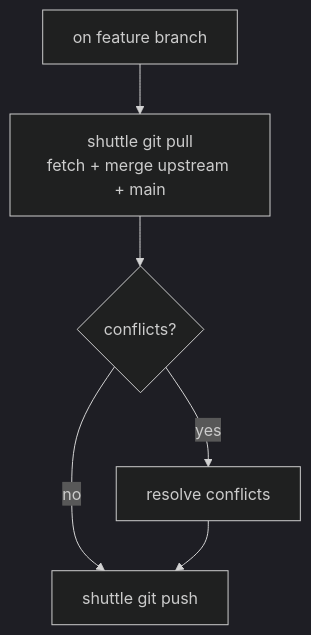
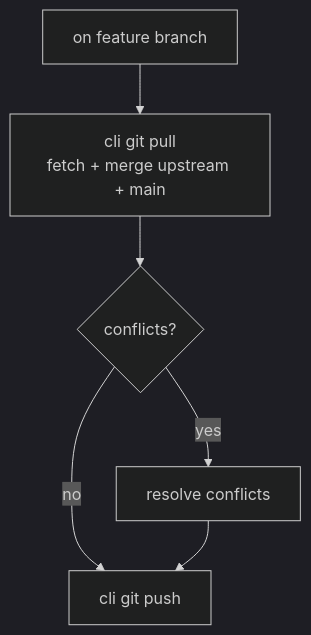
One commit to gardusig/cli changed the third of 7 diagrams in docs/workflows.md. Above: the diagram before and after it, drawn with Mermaid (dark theme). The commit also changed other lines of this file and 289 other files, not shown here.

First line of the commit message:
Rename shuttle to cli across package, docs, scripts, and tests.

````diff
--- a/docs/workflows.md
+++ b/docs/workflows.md
@@ -94,8 +94,8 @@
 ```mermaid
 flowchart TD
-    A["on feature branch"] --> B["shuttle git pull<br/>fetch + merge upstream + main"]
+    A["on feature branch"] --> B["cli git pull<br/>fetch + merge upstream + main"]
     B --> C{conflicts?}
-    C -->|no| D["shuttle git push"]
+    C -->|no| D["cli git push"]
     C -->|yes| E["resolve conflicts"]
     E --> D
 ```
````
